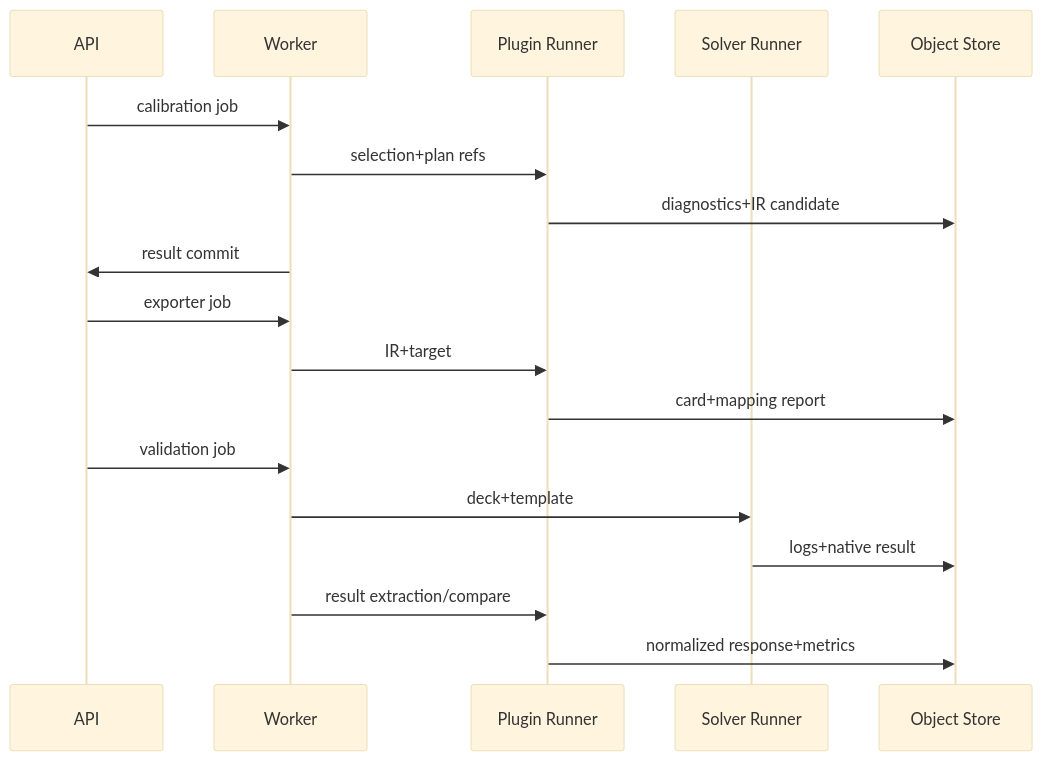
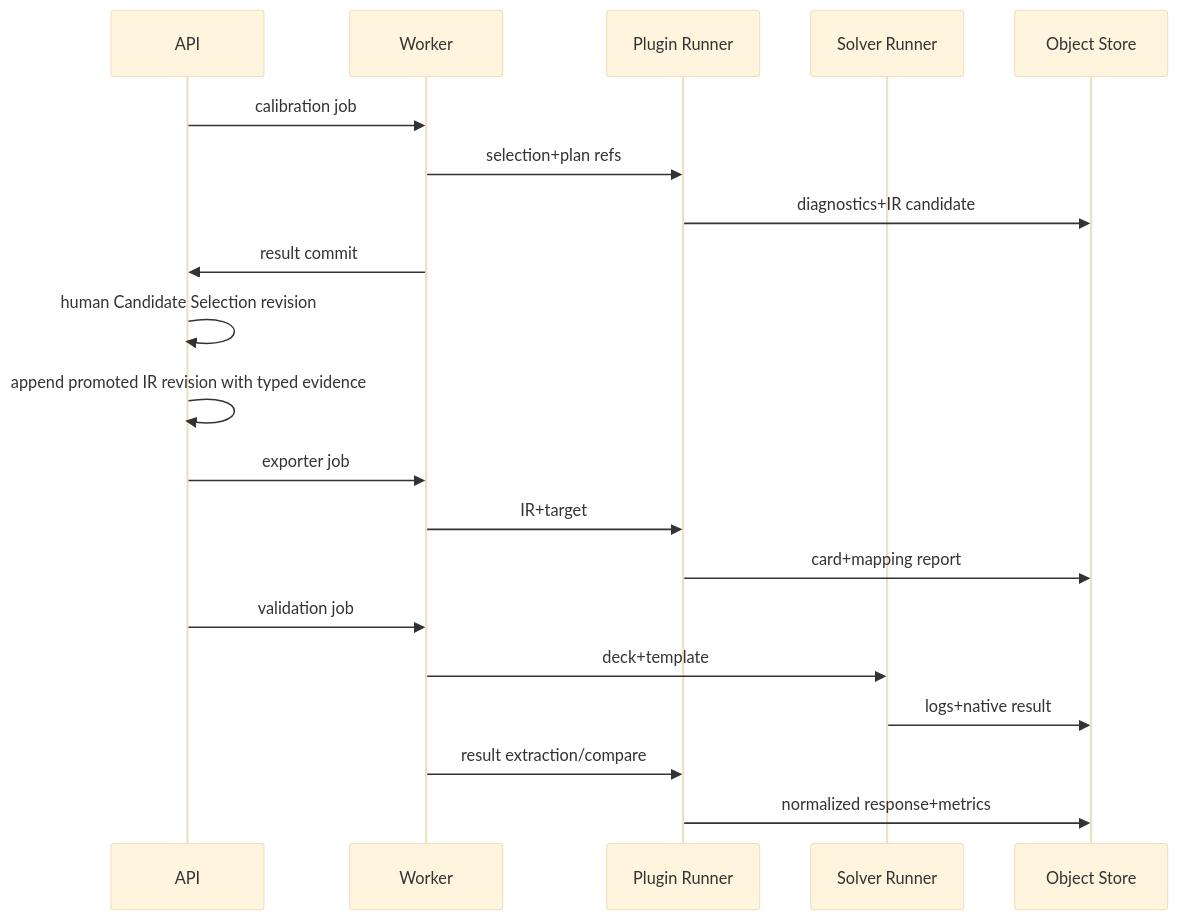
One commit to pikachu444/cae-material-platform changed the fourth of 4 diagrams in docs/05-architecture/system-architecture.md. Above: the diagram before and after it, drawn with Mermaid (base theme). The commit also changed 35 other files, not shown here.

Commit message:
feat: add calibration candidate selection and ir promotion (#5)

````diff
--- a/docs/05-architecture/system-architecture.md
+++ b/docs/05-architecture/system-architecture.md
@@ -191,20 +191,22 @@
 ```mermaid
 sequenceDiagram
     participant A as API
     participant W as Worker
     participant P as Plugin Runner
     participant S as Solver Runner
     participant O as Object Store
     A->>W: calibration job
     W->>P: selection+plan refs
     P->>O: diagnostics+IR candidate
     W->>A: result commit
+    A->>A: human Candidate Selection revision
+    A->>A: append promoted IR revision with typed evidence
     A->>W: exporter job
     W->>P: IR+target
     P->>O: card+mapping report
     A->>W: validation job
     W->>S: deck+template
     S->>O: logs+native result
     W->>P: result extraction/compare
     P->>O: normalized response+metrics
 ```
````
